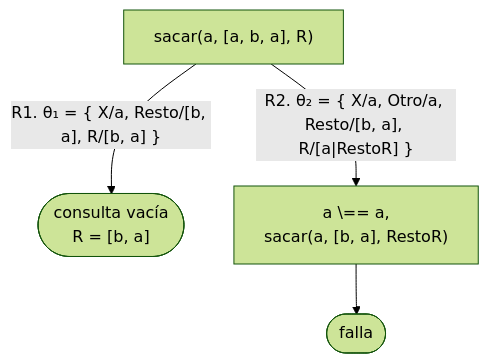
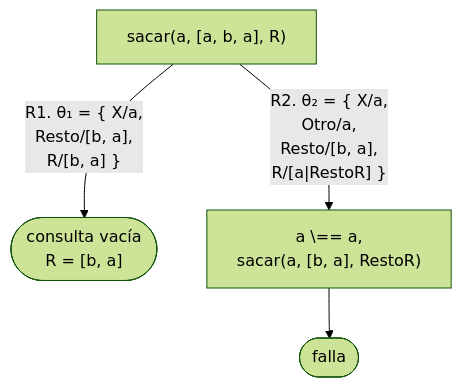
Before and after one commit to CesarBallardini/curso-de-prolog: the third of 6 diagrams in docs/capitulo-07-listas/soluciones.md, drawn with Mermaid (forest theme). The commit also changed other lines of this file and 24 other files, not shown here.

First line of the commit message:
feat(docs): botones para ocultar las columnas laterales y etiquetas cortas en los diagramas

````diff
--- a/docs/capitulo-07-listas/soluciones.md
+++ b/docs/capitulo-07-listas/soluciones.md
@@ -216,6 +216,6 @@
 ```mermaid
 flowchart TD
-    A["sacar(a, [a, b, a], R)"] -- "R1. θ₁ = {&nbsp;X/a, Resto/[b, a], R/[b, a]&nbsp;}" --> S(["consulta vacía<br/>R = [b, a]"])
-    A -- "R2. θ₂ = {&nbsp;X/a, Otro/a, Resto/[b, a], R/[a|RestoR]&nbsp;}" --> B["a \== a,<br/>sacar(a, [b, a], RestoR)"]
+    A["sacar(a, [a, b, a], R)"] -- "R1. θ₁ = {&nbsp;X/a,<br/>Resto/[b, a],<br/>R/[b, a]&nbsp;}" --> S(["consulta vacía<br/>R = [b, a]"])
+    A -- "R2. θ₂ = {&nbsp;X/a,<br/>Otro/a,<br/>Resto/[b, a],<br/>R/[a|RestoR]&nbsp;}" --> B["a \== a,<br/>sacar(a, [b, a], RestoR)"]
     B --> F(["falla"])
 ```
````
